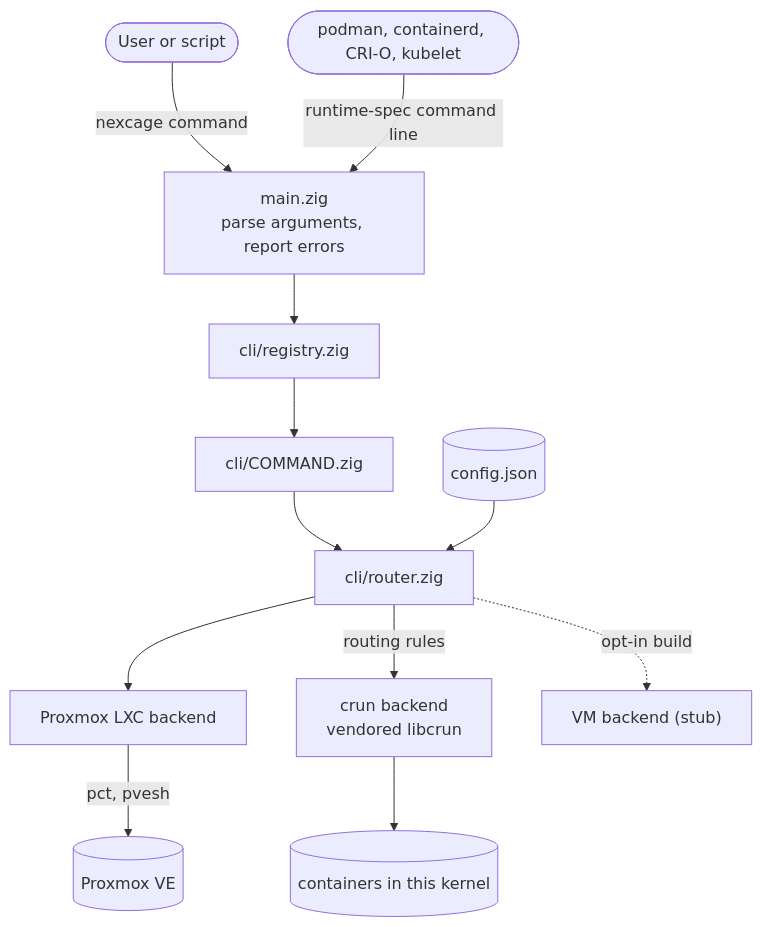
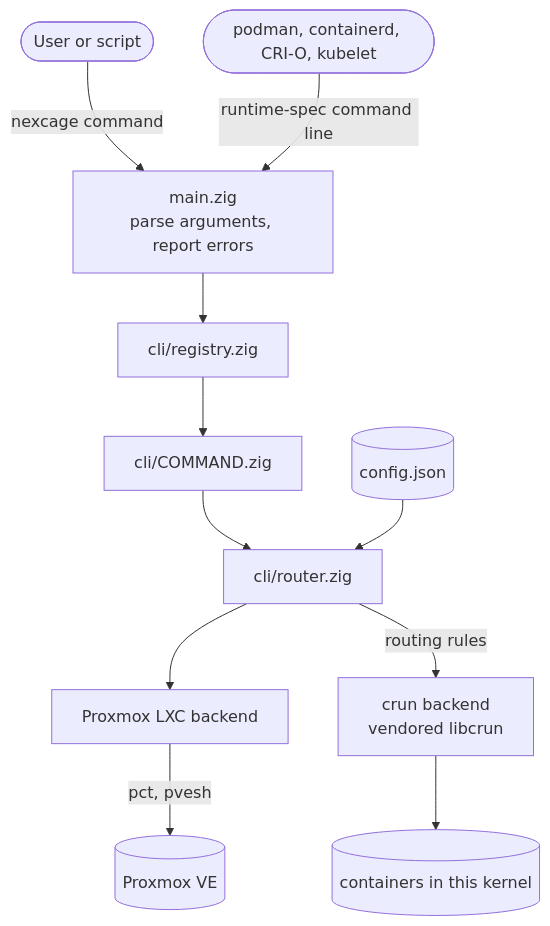
The first of 2 diagrams in docs/architecture/OVERVIEW.md (CageForge/nexcage), drawn with Mermaid before and after one commit. The commit also changed 21 other files, not shown here.

````diff
--- a/docs/architecture/OVERVIEW.md
+++ b/docs/architecture/OVERVIEW.md
@@ -16,14 +16,13 @@
 ```mermaid
 flowchart TD
   user([User or script]) -->|nexcage command| main["main.zig<br/>parse arguments, report errors"]
   engine([podman, containerd, CRI-O, kubelet]) -->|runtime-spec command line| main
   main --> registry["cli/registry.zig"]
   registry --> cmd["cli/COMMAND.zig"]
   cmd --> router["cli/router.zig"]
   cfg[("config.json")] --> router
   router --> lxc["Proxmox LXC backend"]
   router -->|routing rules| crun["crun backend<br/>vendored libcrun"]
   crun --> kernel[("containers in this kernel")]
-  router -.->|opt-in build| other["VM backend (stub)"]
   lxc -->|pct, pvesh| pve[("Proxmox VE")]
 ```
````
